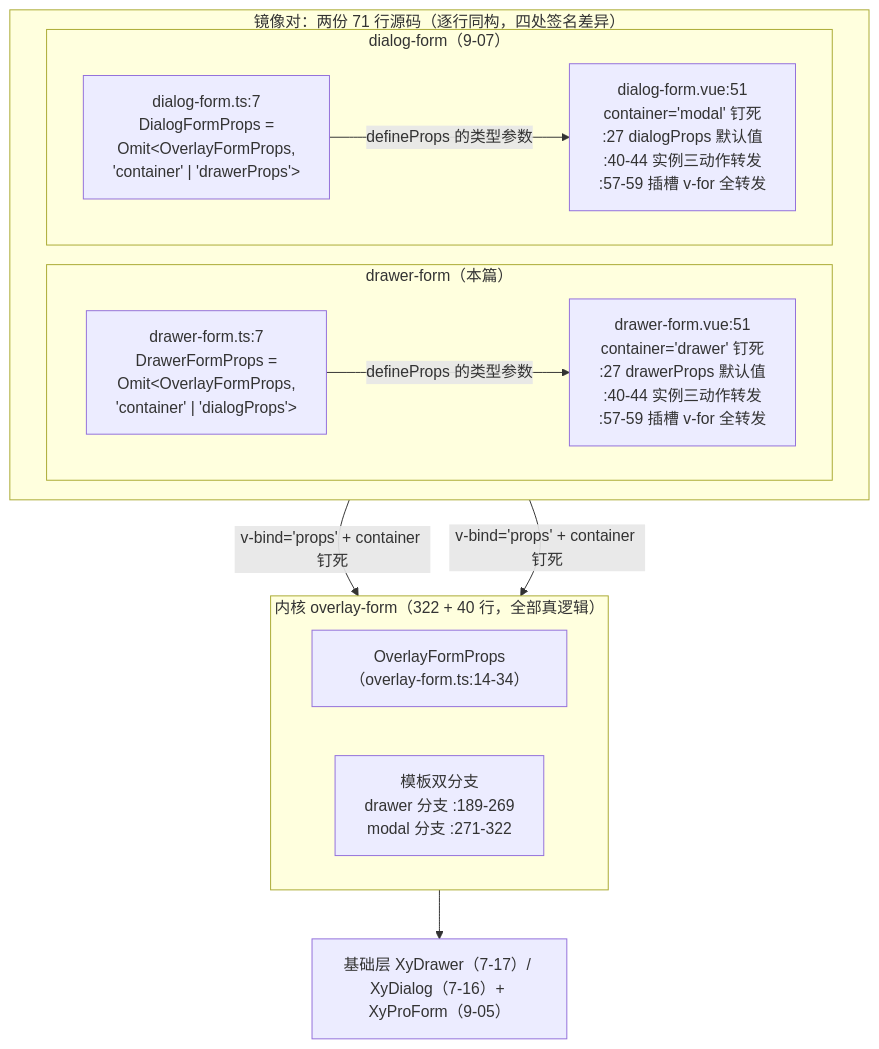
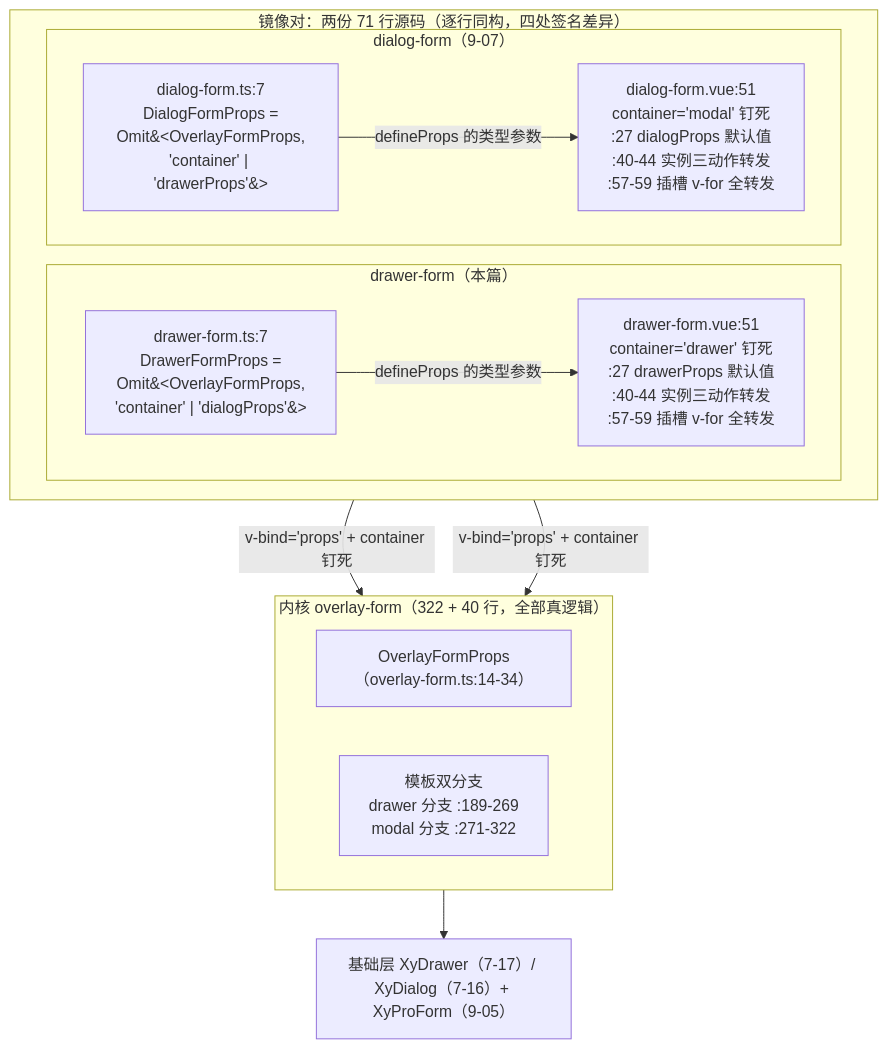
One commit to zhangzhengyang27/tech-codex changed the first of 3 diagrams in docs/14-组件库专栏/9-增强层pro-components/9-08-DrawerForm-对称特化.md. Above: the diagram before and after it, drawn with Mermaid. The commit also changed 195 other files, not shown here.

````diff
--- a/docs/14-组件库专栏/9-增强层pro-components/9-08-DrawerForm-对称特化.md
+++ b/docs/14-组件库专栏/9-增强层pro-components/9-08-DrawerForm-对称特化.md
@@ -180,26 +180,26 @@
 ```mermaid
 flowchart TB
     subgraph MIRROR["镜像对：两份 71 行源码（逐行同构，四处签名差异）"]
         direction LR
         subgraph DF["drawer-form（本篇）"]
-            DTS["drawer-form.ts:7<br/>DrawerFormProps =<br/>Omit&lt;OverlayFormProps,<br/>'container' | 'dialogProps'&gt;"]
+            DTS["drawer-form.ts:7<br/>DrawerFormProps =<br/>Omit&#60;OverlayFormProps,<br/>'container' | 'dialogProps'&#62;"]
             DVUE["drawer-form.vue:51<br/>container='drawer' 钉死<br/>:27 drawerProps 默认值<br/>:40-44 实例三动作转发<br/>:57-59 插槽 v-for 全转发"]
         end
         subgraph DGF["dialog-form（9-07）"]
-            GTS["dialog-form.ts:7<br/>DialogFormProps =<br/>Omit&lt;OverlayFormProps,<br/>'container' | 'drawerProps'&gt;"]
+            GTS["dialog-form.ts:7<br/>DialogFormProps =<br/>Omit&#60;OverlayFormProps,<br/>'container' | 'drawerProps'&#62;"]
             GVUE["dialog-form.vue:51<br/>container='modal' 钉死<br/>:27 dialogProps 默认值<br/>:40-44 实例三动作转发<br/>:57-59 插槽 v-for 全转发"]
         end
     end
 
     DTS -->|"defineProps 的类型参数"| DVUE
     GTS -->|"defineProps 的类型参数"| GVUE
     DVUE -->|"v-bind='props' + container 钉死"| CORE
     GVUE -->|"v-bind='props' + container 钉死"| CORE
 
     subgraph CORE["内核 overlay-form（322 + 40 行，全部真逻辑）"]
         OFP["OverlayFormProps（overlay-form.ts:14-34）"]
         BRANCH["模板双分支<br/>drawer 分支 :189-269<br/>modal 分支 :271-322"]
     end
 
     CORE --> BASE["基础层 XyDrawer（7-17）/ XyDialog（7-16）+ XyProForm（9-05）"]
 ```
````
